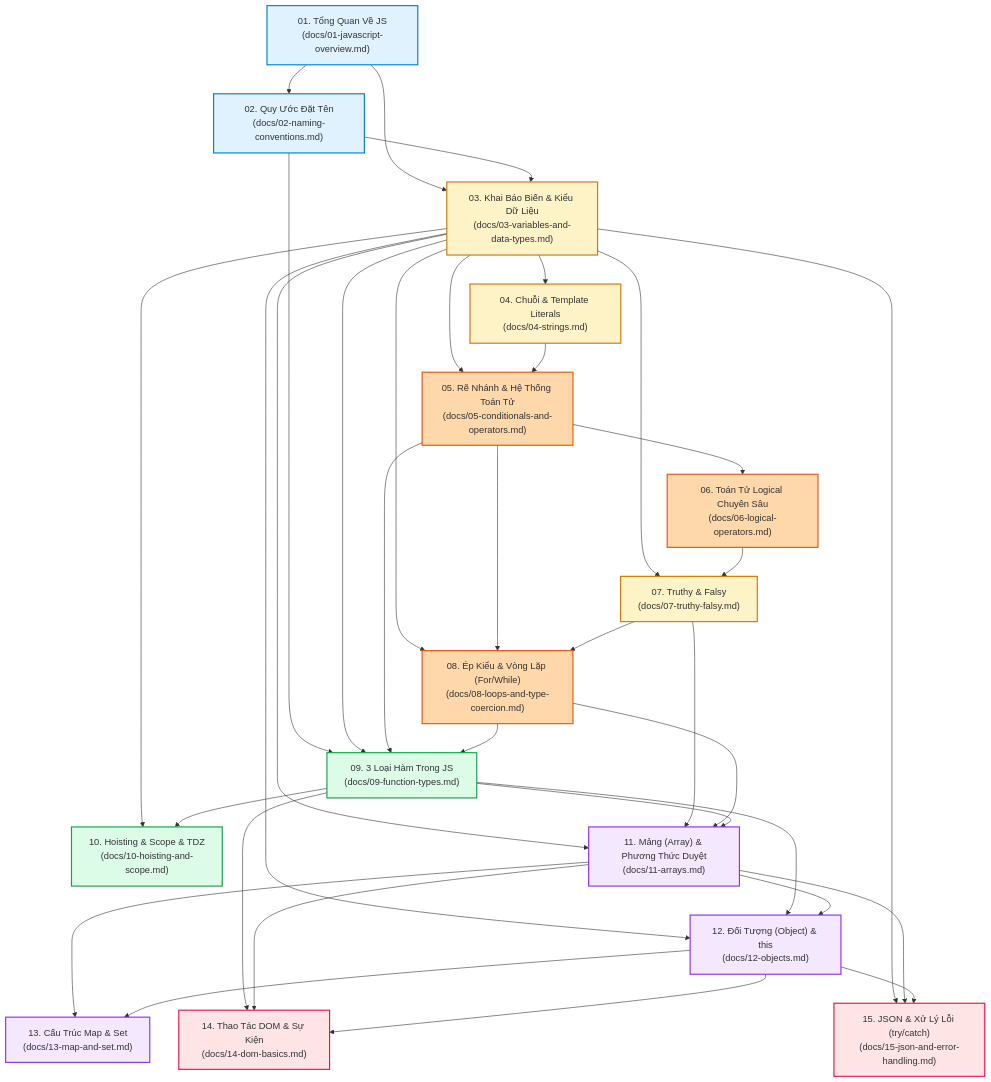
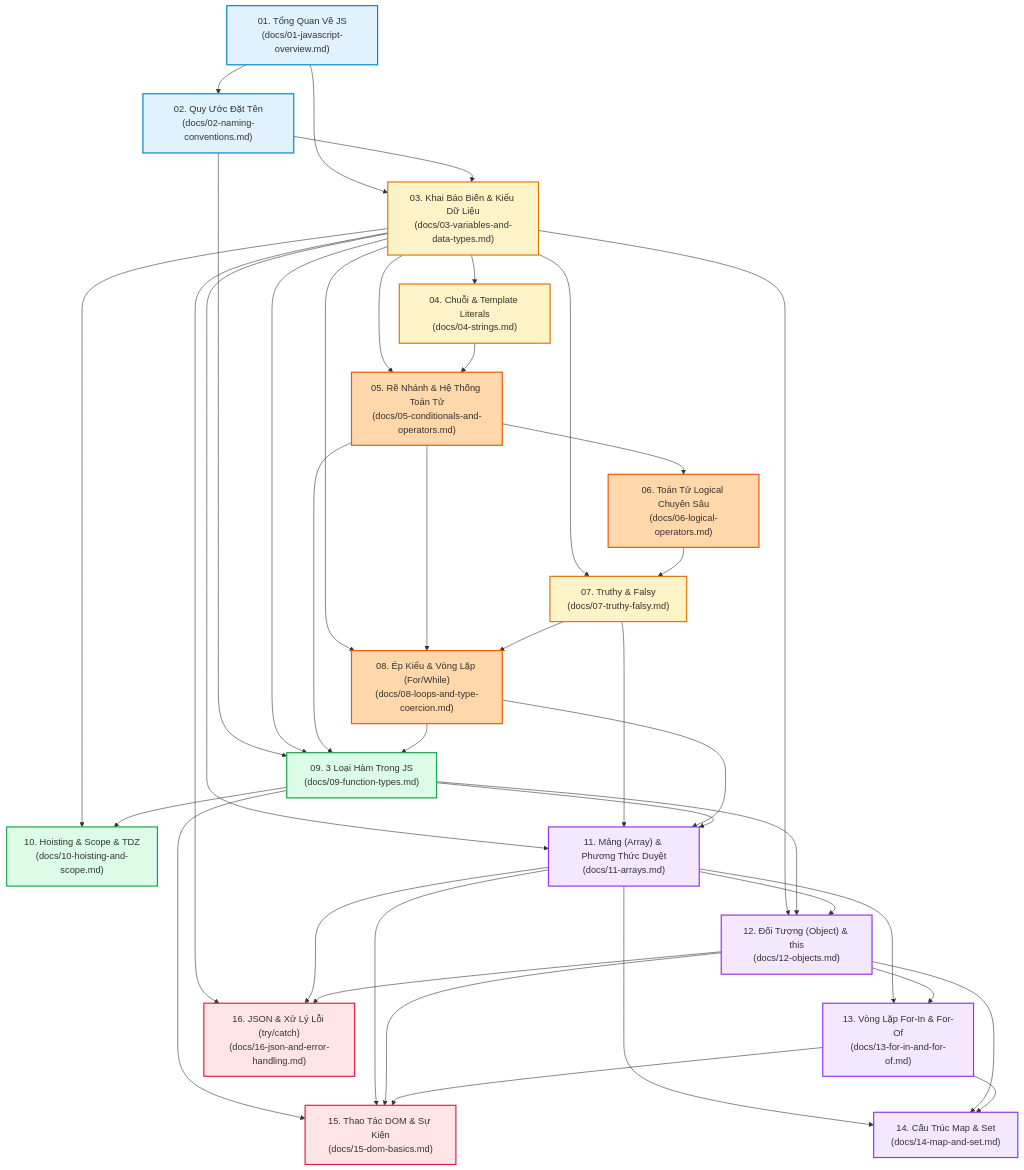
One commit to htccnam/javascript changed the diagram in agent.md. Above: the diagram before and after it, drawn with Mermaid. The commit also changed other lines of this file and 27 other files, not shown here.

````diff
--- a/agent.md
+++ b/agent.md
@@ -31,62 +31,66 @@
 ```mermaid
 flowchart TD
     %% Tầng 1: Khởi động & Môi trường
     L01["01. Tổng Quan Về JS<br>(docs/01-javascript-overview.md)"] --> L02["02. Quy Ước Đặt Tên<br>(docs/02-naming-conventions.md)"]
     L01 --> L03["03. Khai Báo Biến & Kiểu Dữ Liệu<br>(docs/03-variables-and-data-types.md)"]
     L02 --> L03
 
     %% Tầng 2: Hệ thống dữ liệu & Cấu trúc điều khiển căn bản
     L03 --> L04["04. Chuỗi & Template Literals<br>(docs/04-strings.md)"]
     L03 --> L05["05. Rẽ Nhánh & Hệ Thống Toán Tử<br>(docs/05-conditionals-and-operators.md)"]
     L04 --> L05
     L05 --> L06["06. Toán Tử Logical Chuyên Sâu<br>(docs/06-logical-operators.md)"]
     L03 --> L07["07. Truthy & Falsy<br>(docs/07-truthy-falsy.md)"]
     L06 --> L07
 
     %% Tầng 3: Cấu trúc lặp & Ép kiểu sâu
     L03 --> L08["08. Ép Kiểu & Vòng Lặp (For/While)<br>(docs/08-loops-and-type-coercion.md)"]
     L05 --> L08
     L07 --> L08
 
     %% Tầng 4: Hàm & Động cơ thực thi
     L02 --> L09["09. 3 Loại Hàm Trong JS<br>(docs/09-function-types.md)"]
     L03 --> L09
     L05 --> L09
     L08 --> L09
     L03 --> L10["10. Hoisting & Scope & TDZ<br>(docs/10-hoisting-and-scope.md)"]
     L09 --> L10
 
-    %% Tầng 5: Cấu trúc dữ liệu chuyên sâu
+    %% Tầng 5: Cấu trúc dữ liệu & Vòng lặp chuyên sâu
     L03 --> L11["11. Mảng (Array) & Phương Thức Duyệt<br>(docs/11-arrays.md)"]
     L07 --> L11
     L08 --> L11
     L09 --> L11
     L03 --> L12["12. Đối Tượng (Object) & this<br>(docs/12-objects.md)"]
     L09 --> L12
     L11 --> L12
-    L11 --> L13["13. Cấu Trúc Map & Set<br>(docs/13-map-and-set.md)"]
+    L11 --> L13["13. Vòng Lặp For-In & For-Of<br>(docs/13-for-in-and-for-of.md)"]
     L12 --> L13
+    L11 --> L14["14. Cấu Trúc Map & Set<br>(docs/14-map-and-set.md)"]
+    L12 --> L14
+    L13 --> L14
 
     %% Tầng 6: Ứng dụng tương tác & Xử lý ngoại lệ
-    L09 --> L14["14. Thao Tác DOM & Sự Kiện<br>(docs/14-dom-basics.md)"]
-    L11 --> L14
-    L12 --> L14
-    L03 --> L15["15. JSON & Xử Lý Lỗi (try/catch)<br>(docs/15-json-and-error-handling.md)"]
+    L09 --> L15["15. Thao Tác DOM & Sự Kiện<br>(docs/15-dom-basics.md)"]
     L11 --> L15
     L12 --> L15
+    L13 --> L15
+    L03 --> L16["16. JSON & Xử Lý Lỗi (try/catch)<br>(docs/16-json-and-error-handling.md)"]
+    L11 --> L16
+    L12 --> L16
 
     %% Styling
     classDef foundation fill:#e0f2fe,stroke:#0284c7,stroke-width:2px;
     classDef data fill:#fef3c7,stroke:#d97706,stroke-width:2px;
     classDef control fill:#fed7aa,stroke:#ea580c,stroke-width:2px;
     classDef logic fill:#dcfce7,stroke:#16a34a,stroke-width:2px;
     classDef datastruct fill:#f3e8ff,stroke:#9333ea,stroke-width:2px;
     classDef advanced fill:#ffe4e6,stroke:#e11d48,stroke-width:2px;
 
     class L01,L02 foundation;
     class L03,L04,L07 data;
     class L05,L06,L08 control;
     class L09,L10 logic;
-    class L11,L12,L13 datastruct;
-    class L14,L15 advanced;
+    class L11,L12,L13,L14 datastruct;
+    class L15,L16 advanced;
 ```
````
